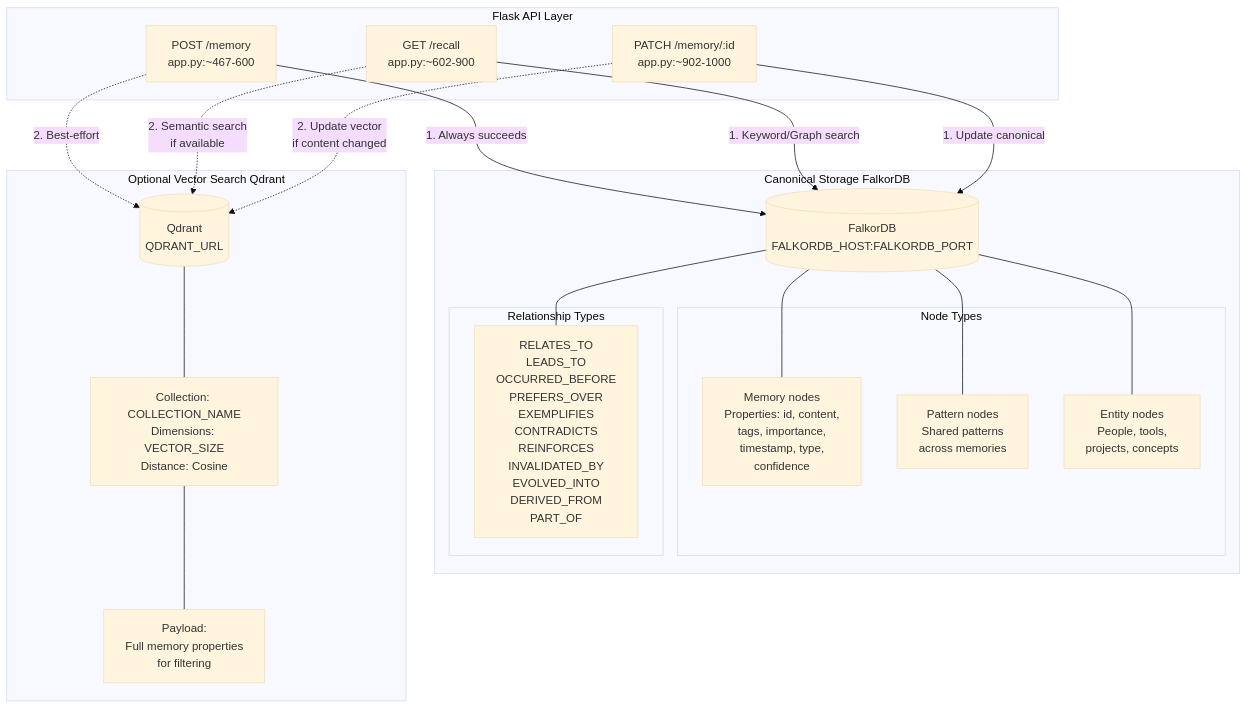
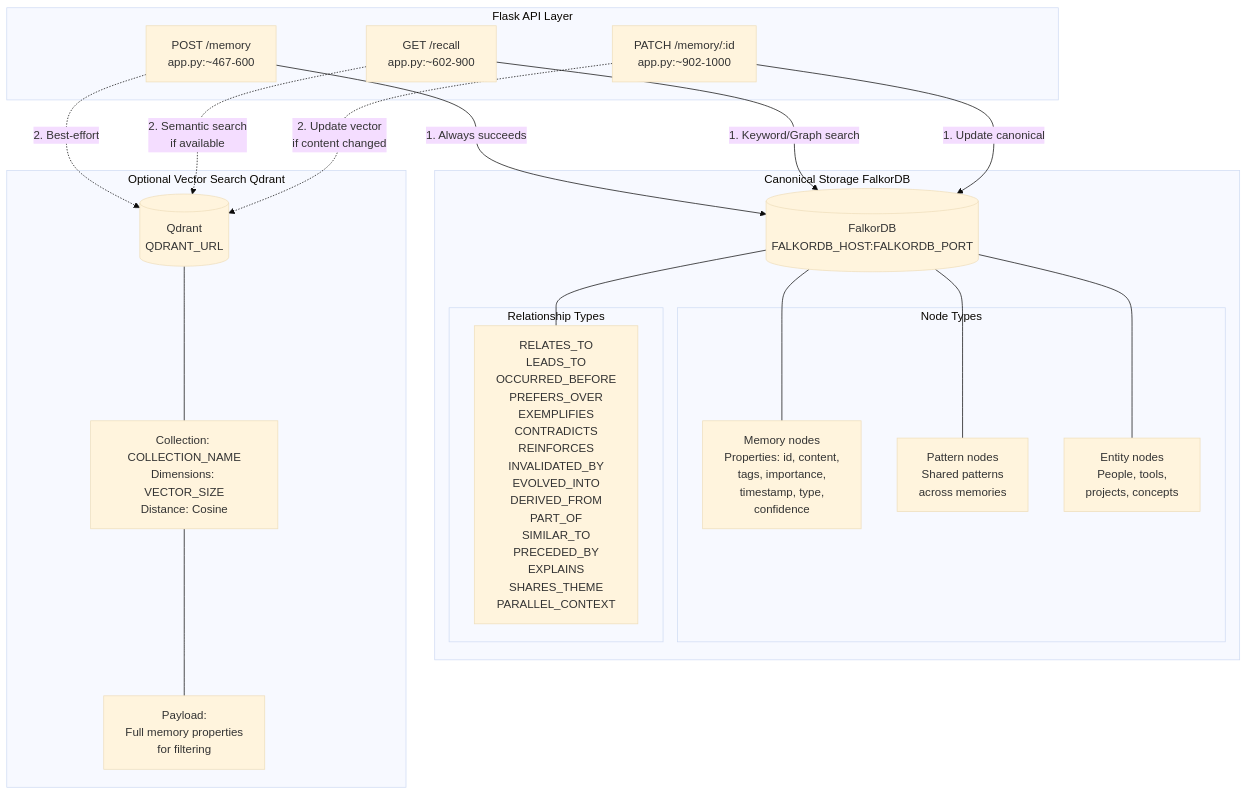
Before and after one commit to verygoodplugins/automem-website: the diagram in src/content/docs/docs/architecture/data-stores.md, drawn with Mermaid (base theme). The commit also changed other lines of this file and 12 other files, not shown here.

````diff
--- a/src/content/docs/docs/architecture/data-stores.md
+++ b/src/content/docs/docs/architecture/data-stores.md
@@ -29,45 +29,45 @@
 ```mermaid
 graph TB
     subgraph api["Flask API Layer"]
         StoreMemory["POST /memory<br/>app.py:~467-600"]
         RecallMemory["GET /recall<br/>app.py:~602-900"]
         UpdateMemory["PATCH /memory/:id<br/>app.py:~902-1000"]
     end
 
     subgraph canonical["Canonical Storage FalkorDB"]
         GraphDB[("FalkorDB<br/>FALKORDB_HOST:FALKORDB_PORT")]
 
         subgraph nodes["Node Types"]
             MemoryNode["Memory nodes<br/>Properties: id, content,<br/>tags, importance,<br/>timestamp, type,<br/>confidence"]
             PatternNode["Pattern nodes<br/>Shared patterns<br/>across memories"]
             EntityNode["Entity nodes<br/>People, tools,<br/>projects, concepts"]
         end
 
         subgraph edges["Relationship Types"]
-            RelTypes["RELATES_TO<br/>LEADS_TO<br/>OCCURRED_BEFORE<br/>PREFERS_OVER<br/>EXEMPLIFIES<br/>CONTRADICTS<br/>REINFORCES<br/>INVALIDATED_BY<br/>EVOLVED_INTO<br/>DERIVED_FROM<br/>PART_OF"]
+            RelTypes["RELATES_TO<br/>LEADS_TO<br/>OCCURRED_BEFORE<br/>PREFERS_OVER<br/>EXEMPLIFIES<br/>CONTRADICTS<br/>REINFORCES<br/>INVALIDATED_BY<br/>EVOLVED_INTO<br/>DERIVED_FROM<br/>PART_OF<br/>SIMILAR_TO<br/>PRECEDED_BY<br/>EXPLAINS<br/>SHARES_THEME<br/>PARALLEL_CONTEXT"]
         end
     end
 
     subgraph optional["Optional Vector Search Qdrant"]
         VectorDB[("Qdrant<br/>QDRANT_URL")]
         Collection["Collection: COLLECTION_NAME<br/>Dimensions: VECTOR_SIZE<br/>Distance: Cosine"]
         Payload["Payload:<br/>Full memory properties<br/>for filtering"]
     end
 
     StoreMemory -->|"1. Always succeeds"| GraphDB
     StoreMemory -.->|"2. Best-effort"| VectorDB
 
     RecallMemory -->|"1. Keyword/Graph search"| GraphDB
     RecallMemory -.->|"2. Semantic search<br/>if available"| VectorDB
 
     UpdateMemory -->|"1. Update canonical"| GraphDB
     UpdateMemory -.->|"2. Update vector<br/>if content changed"| VectorDB
 
     GraphDB --- MemoryNode
     GraphDB --- PatternNode
     GraphDB --- EntityNode
     GraphDB --- RelTypes
 
     VectorDB --- Collection
     Collection --- Payload
 ```
````
